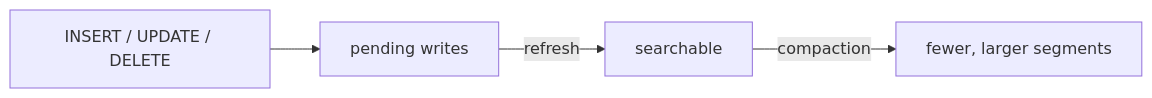
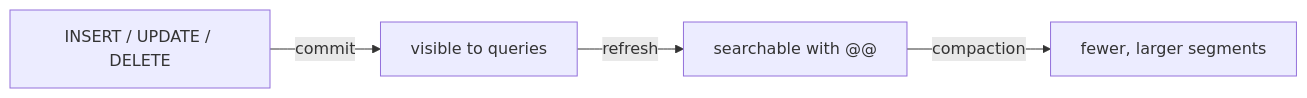
One commit to serenedb/serenedb changed the diagram in docs/sql/indexes/inverted/maintenance.md. Above: the diagram before and after it, drawn with Mermaid. The commit also changed other lines of this file and 371 other files, not shown here.

````diff
--- a/docs/sql/indexes/inverted/maintenance.md
+++ b/docs/sql/indexes/inverted/maintenance.md
@@ -12,6 +12,6 @@
 ```mermaid
 flowchart LR
-    w["INSERT / UPDATE / DELETE"] --> buf["pending writes"]
-    buf -->|refresh| vis["searchable"]
-    vis -->|compaction| merged["fewer, larger segments"]
+    w["INSERT / UPDATE / DELETE"] -->|commit| vis["visible to queries"]
+    vis -->|refresh| idx["searchable with @@"]
+    idx -->|compaction| merged["fewer, larger segments"]
 ```
````
